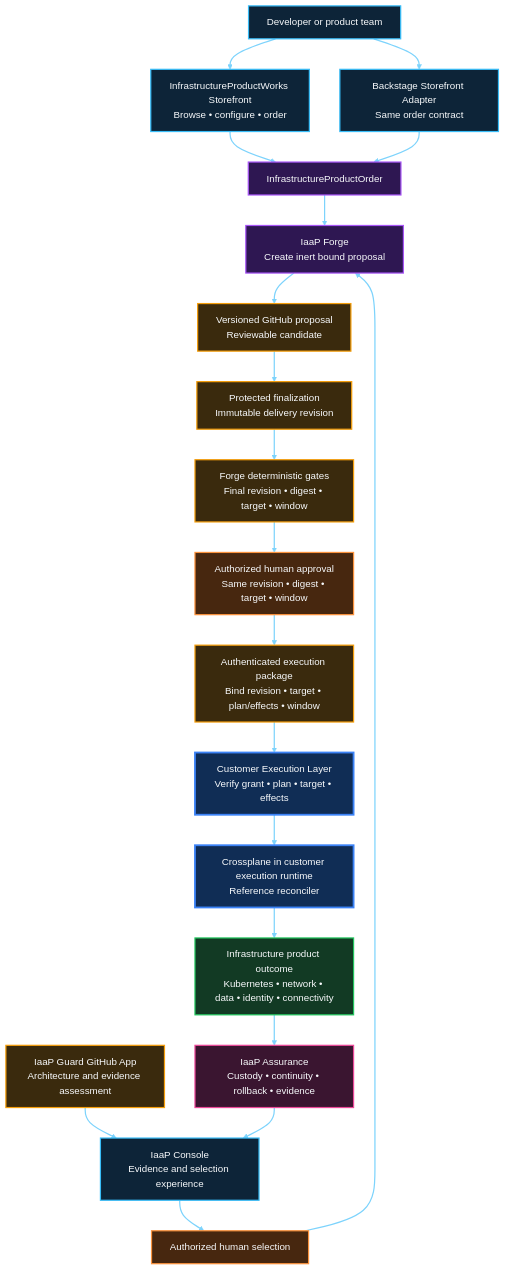
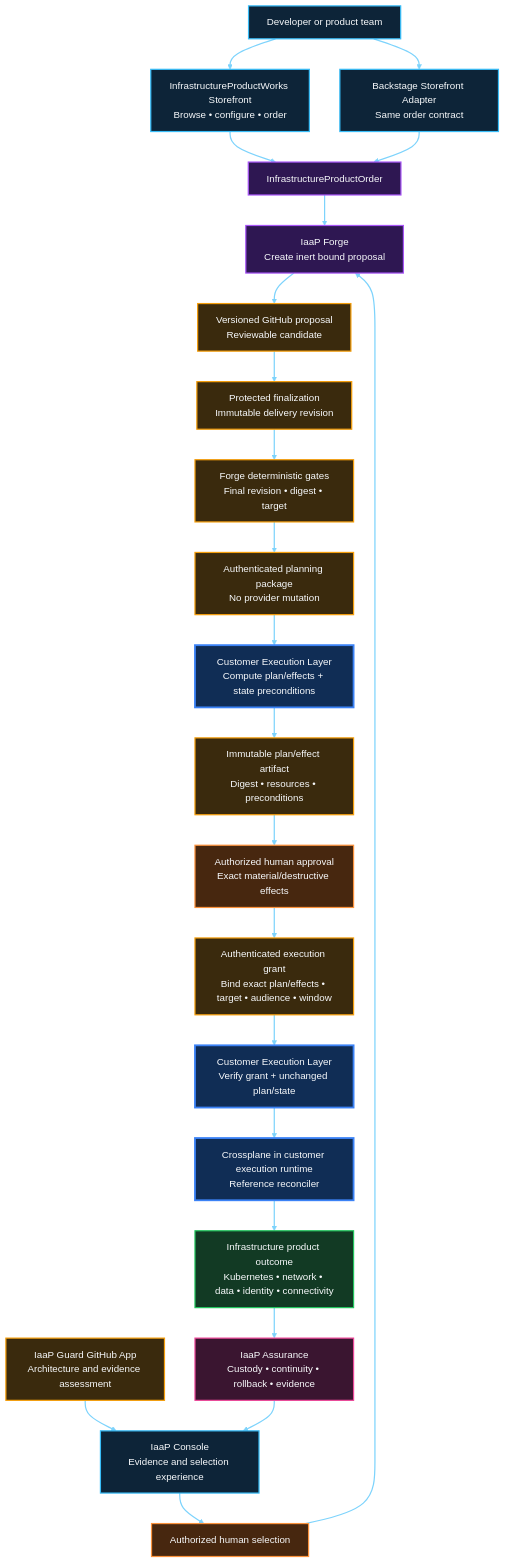
Before and after one commit to InfrastructureProductWorks/ai-powered-infrastructure-as-a-product: the first of 5 diagrams in docs/PRODUCT-ARCHITECTURE.md, drawn with Mermaid. The commit also changed other lines of this file, not shown here.

Commit message:
docs: order CEL planning before execution authorization

````diff
--- a/docs/PRODUCT-ARCHITECTURE.md
+++ b/docs/PRODUCT-ARCHITECTURE.md
@@ -10,56 +10,61 @@
 ```mermaid
 flowchart TB
   DEV["Developer or product team"]
   STORE["InfrastructureProductWorks Storefront<br/>Browse • configure • order"]
   BS["Backstage Storefront Adapter<br/>Same order contract"]
   ORDER["InfrastructureProductOrder"]
   GUARD["IaaP Guard GitHub App<br/>Architecture and evidence assessment"]
   CONSOLE["IaaP Console<br/>Evidence and selection experience"]
   SELECT["Authorized human selection"]
   FORGE["IaaP Forge<br/>Create inert bound proposal"]
   REVISION["Versioned GitHub proposal<br/>Reviewable candidate"]
   FINAL["Protected finalization<br/>Immutable delivery revision"]
-  VALIDATE["Forge deterministic gates<br/>Final revision • digest • target • window"]
-  APPROVE["Authorized human approval<br/>Same revision • digest • target • window"]
-  DELIVERY["Authenticated execution package<br/>Bind revision • target • plan/effects • window"]
-  CEL["Customer Execution Layer<br/>Verify grant • plan • target • effects"]
+  VALIDATE["Forge deterministic gates<br/>Final revision • digest • target"]
+  PLANREQ["Authenticated planning package<br/>No provider mutation"]
+  CELPLAN["Customer Execution Layer<br/>Compute plan/effects + state preconditions"]
+  PLAN["Immutable plan/effect artifact<br/>Digest • resources • preconditions"]
+  APPROVE["Authorized human approval<br/>Exact material/destructive effects"]
+  GRANT["Authenticated execution grant<br/>Bind exact plan/effects • target • audience • window"]
+  CELEXEC["Customer Execution Layer<br/>Verify grant + unchanged plan/state"]
   CONTROL["Crossplane in customer execution runtime<br/>Reference reconciler"]
   OUTCOME["Infrastructure product outcome<br/>Kubernetes • network • data • identity • connectivity"]
   ASSURE["IaaP Assurance<br/>Custody • continuity • rollback • evidence"]
 
   DEV --> STORE
   DEV --> BS
   STORE --> ORDER
   BS --> ORDER
   GUARD --> CONSOLE
   CONSOLE --> SELECT
   ORDER --> FORGE
   SELECT --> FORGE
   FORGE --> REVISION
   REVISION --> FINAL
   FINAL --> VALIDATE
-  VALIDATE --> APPROVE
-  APPROVE --> DELIVERY
-  DELIVERY --> CEL
-  CEL --> CONTROL
+  VALIDATE --> PLANREQ
+  PLANREQ --> CELPLAN
+  CELPLAN --> PLAN
+  PLAN --> APPROVE
+  APPROVE --> GRANT
+  GRANT --> CELEXEC
+  CELEXEC --> CONTROL
   CONTROL --> OUTCOME
   OUTCOME --> ASSURE
   ASSURE --> CONSOLE
 
   classDef experience fill:#0D2438,stroke:#38BDF8,stroke-width:2px,color:#F8FAFC
   classDef product fill:#2E1752,stroke:#A855F7,stroke-width:2px,color:#F8FAFC
   classDef governance fill:#3A2A0D,stroke:#F59E0B,stroke-width:2px,color:#F8FAFC
   classDef human fill:#47270F,stroke:#FB923C,stroke-width:2px,color:#F8FAFC
   classDef control fill:#102D55,stroke:#3B82F6,stroke-width:3px,color:#F8FAFC
   classDef outcome fill:#123A24,stroke:#22C55E,stroke-width:2px,color:#F8FAFC
   classDef evidence fill:#3A1530,stroke:#EC4899,stroke-width:2px,color:#F8FAFC
   class DEV,STORE,BS,CONSOLE experience
   class ORDER,FORGE product
-  class GUARD,REVISION,FINAL,VALIDATE governance
+  class GUARD,REVISION,FINAL,VALIDATE,PLANREQ,PLAN,GRANT governance
   class SELECT,APPROVE human
-  class DELIVERY governance
-  class CEL,CONTROL control
+  class CELPLAN,CELEXEC,CONTROL control
   class OUTCOME outcome
   class ASSURE evidence
   linkStyle default stroke:#7DD3FC,stroke-width:2px
 ```
````
